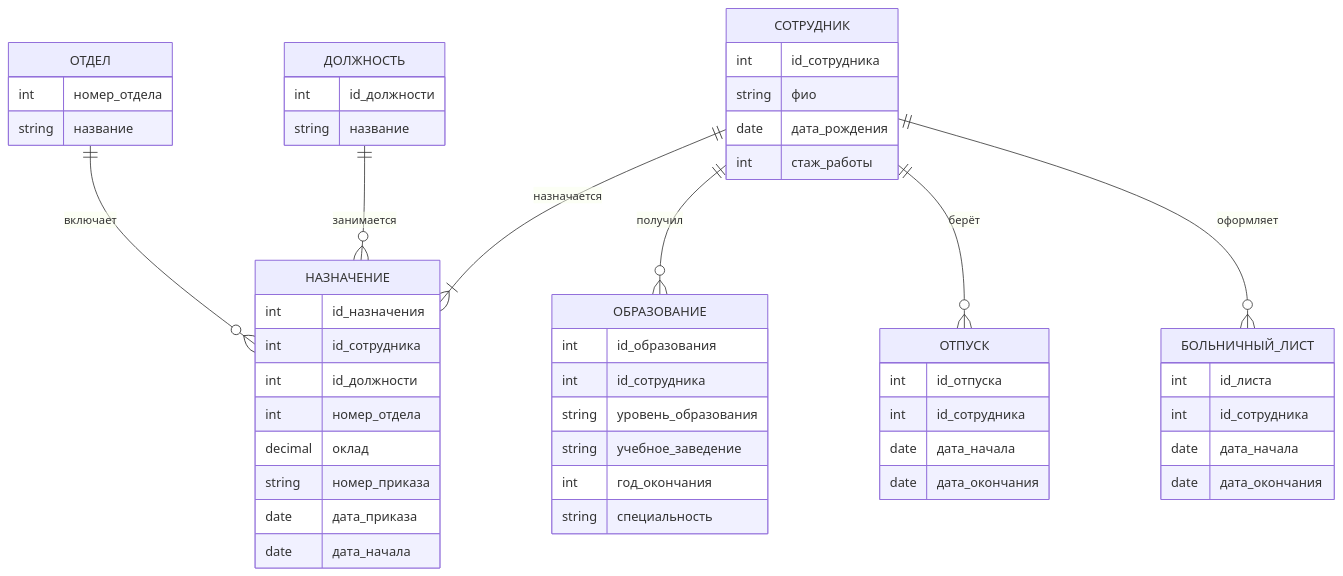
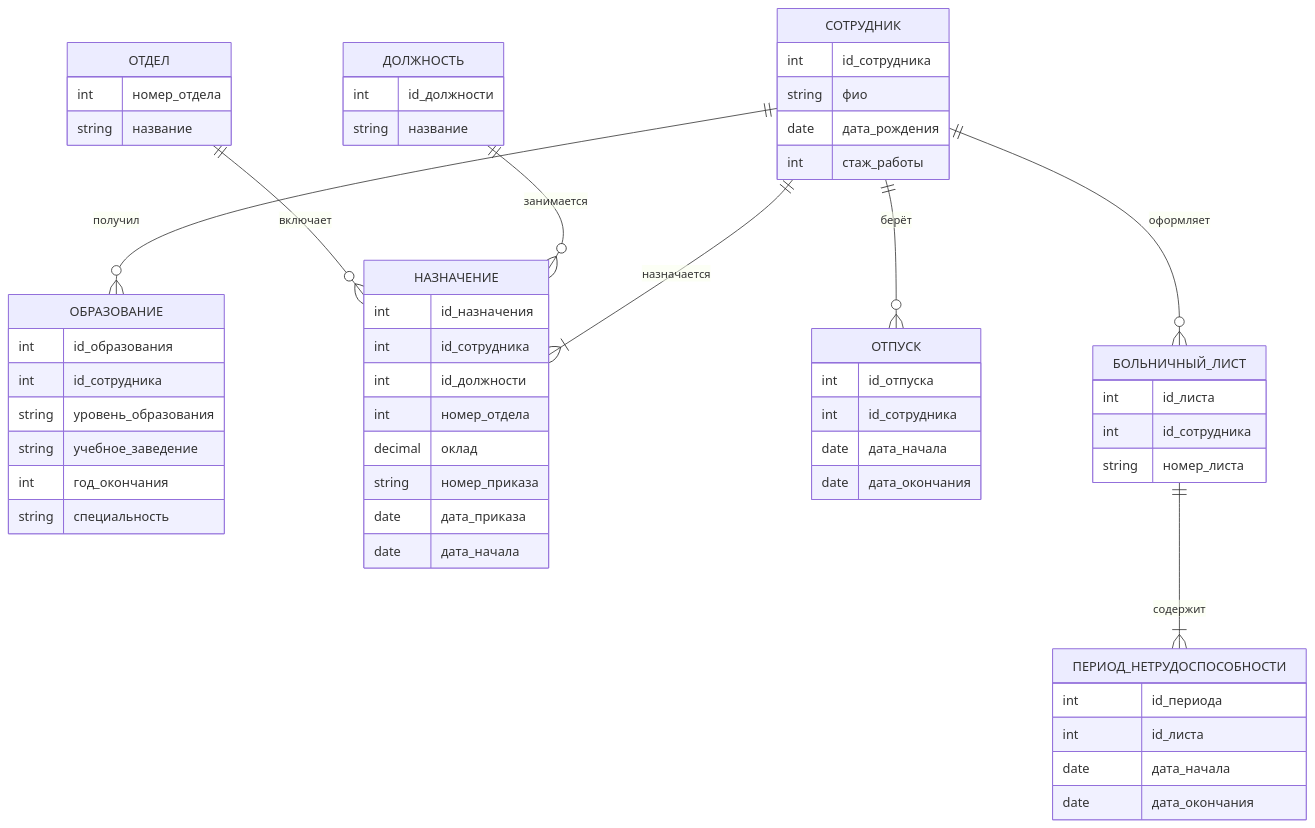
Before and after one commit to KorsunDaria/Data_base: the sixth of 6 diagrams in 6/Korsun.md, drawn with Mermaid. The commit also changed other lines of this file, not shown here.

````diff
--- a/6/Korsun.md
+++ b/6/Korsun.md
@@ -378,60 +360,67 @@
 ```mermaid
 erDiagram
     СОТРУДНИК {
         int id_сотрудника
         string фио
         date дата_рождения
         int стаж_работы
     }
 
     ОБРАЗОВАНИЕ {
         int id_образования
         int id_сотрудника
         string уровень_образования
         string учебное_заведение
         int год_окончания
         string специальность
     }
 
     ДОЛЖНОСТЬ {
         int id_должности
         string название
     }
 
     ОТДЕЛ {
         int номер_отдела
         string название
     }
 
     НАЗНАЧЕНИЕ {
         int id_назначения
         int id_сотрудника
         int id_должности
         int номер_отдела
         decimal оклад
         string номер_приказа
         date дата_приказа
         date дата_начала
     }
 
     ОТПУСК {
         int id_отпуска
         int id_сотрудника
         date дата_начала
         date дата_окончания
     }
 
     БОЛЬНИЧНЫЙ_ЛИСТ {
         int id_листа
         int id_сотрудника
+        string номер_листа
+    }
+
+    ПЕРИОД_НЕТРУДОСПОСОБНОСТИ {
+        int id_периода
+        int id_листа
         date дата_начала
         date дата_окончания
     }
 
     СОТРУДНИК ||--o{ ОБРАЗОВАНИЕ : "получил"
     СОТРУДНИК ||--|{ НАЗНАЧЕНИЕ : "назначается"
     ДОЛЖНОСТЬ ||--o{ НАЗНАЧЕНИЕ : "занимается"
     ОТДЕЛ ||--o{ НАЗНАЧЕНИЕ : "включает"
     СОТРУДНИК ||--o{ ОТПУСК : "берёт"
     СОТРУДНИК ||--o{ БОЛЬНИЧНЫЙ_ЛИСТ : "оформляет"
+    БОЛЬНИЧНЫЙ_ЛИСТ ||--|{ ПЕРИОД_НЕТРУДОСПОСОБНОСТИ : "содержит"
 ```
````
